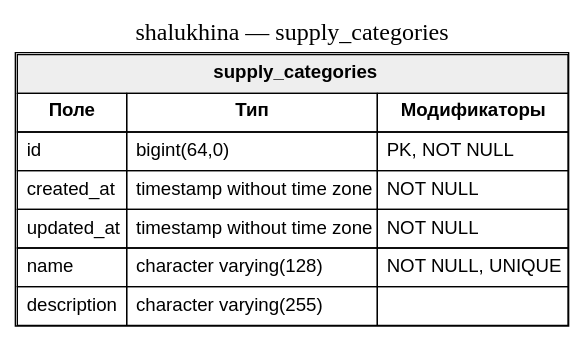
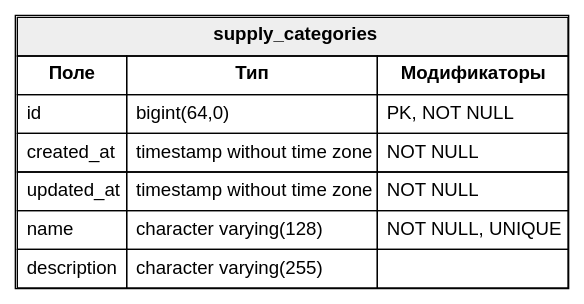
One commit to diplomas-2026/shalukhina changed the diagram in database-screenshots/dot/tables/supply_categories.dot. Above: the diagram before and after it, drawn with Graphviz. The commit also changed 29 other files, not shown here.

Commit message:
Add database schema screenshots

```diff
--- a/database-screenshots/dot/tables/supply_categories.dot
+++ b/database-screenshots/dot/tables/supply_categories.dot
@@ -1,7 +1,5 @@
 digraph single_table {
   graph [rankdir=TB, fontsize=18];
   node [shape=plain, fontname="Arial"];
-  label="shalukhina — supply_categories";
-  labelloc=t;
   "supply_categories" [label=<<TABLE BORDER="1" CELLBORDER="1" CELLSPACING="0" CELLPADDING="6"><TR><TD BGCOLOR="#eeeeee" COLSPAN="3"><B>supply_categories</B></TD></TR><TR><TD><B>Поле</B></TD><TD><B>Тип</B></TD><TD><B>Модификаторы</B></TD></TR><TR><TD ALIGN="LEFT">id</TD><TD ALIGN="LEFT">bigint(64,0)</TD><TD ALIGN="LEFT">PK, NOT NULL</TD></TR><TR><TD ALIGN="LEFT">created_at</TD><TD ALIGN="LEFT">timestamp without time zone</TD><TD ALIGN="LEFT">NOT NULL</TD></TR><TR><TD ALIGN="LEFT">updated_at</TD><TD ALIGN="LEFT">timestamp without time zone</TD><TD ALIGN="LEFT">NOT NULL</TD></TR><TR><TD ALIGN="LEFT">name</TD><TD ALIGN="LEFT">character varying(128)</TD><TD ALIGN="LEFT">NOT NULL, UNIQUE</TD></TR><TR><TD ALIGN="LEFT">description</TD><TD ALIGN="LEFT">character varying(255)</TD><TD ALIGN="LEFT"></TD></TR></TABLE>>];
 }
```
